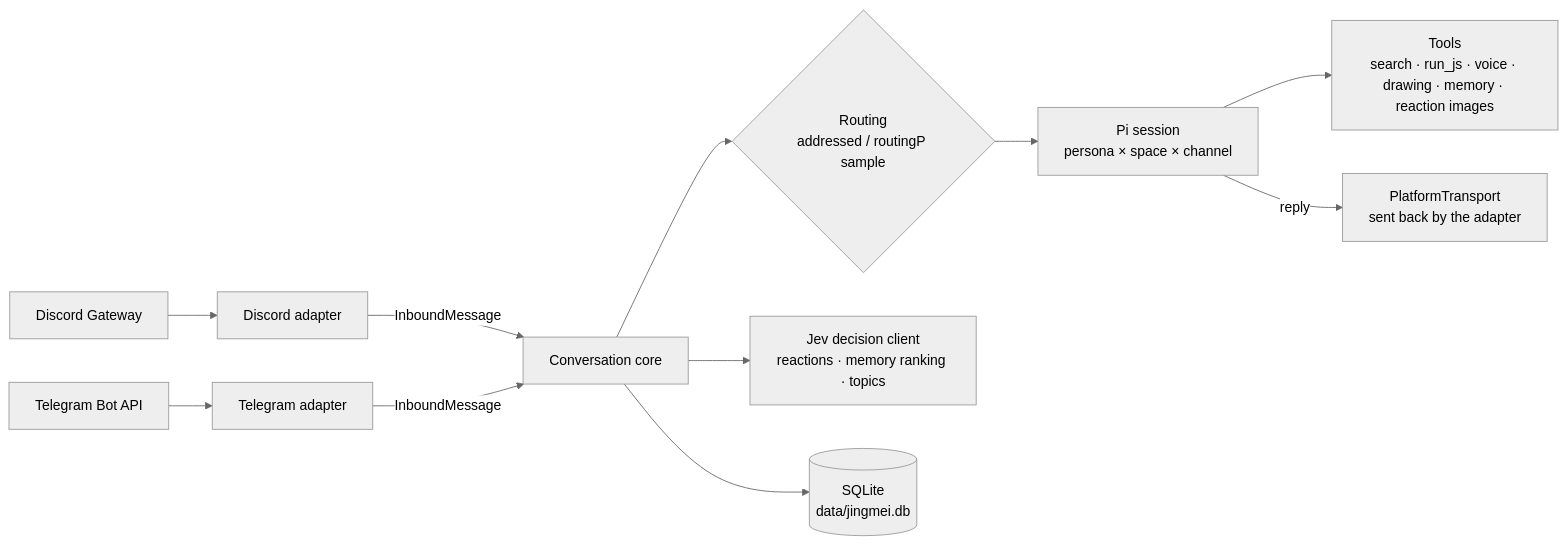
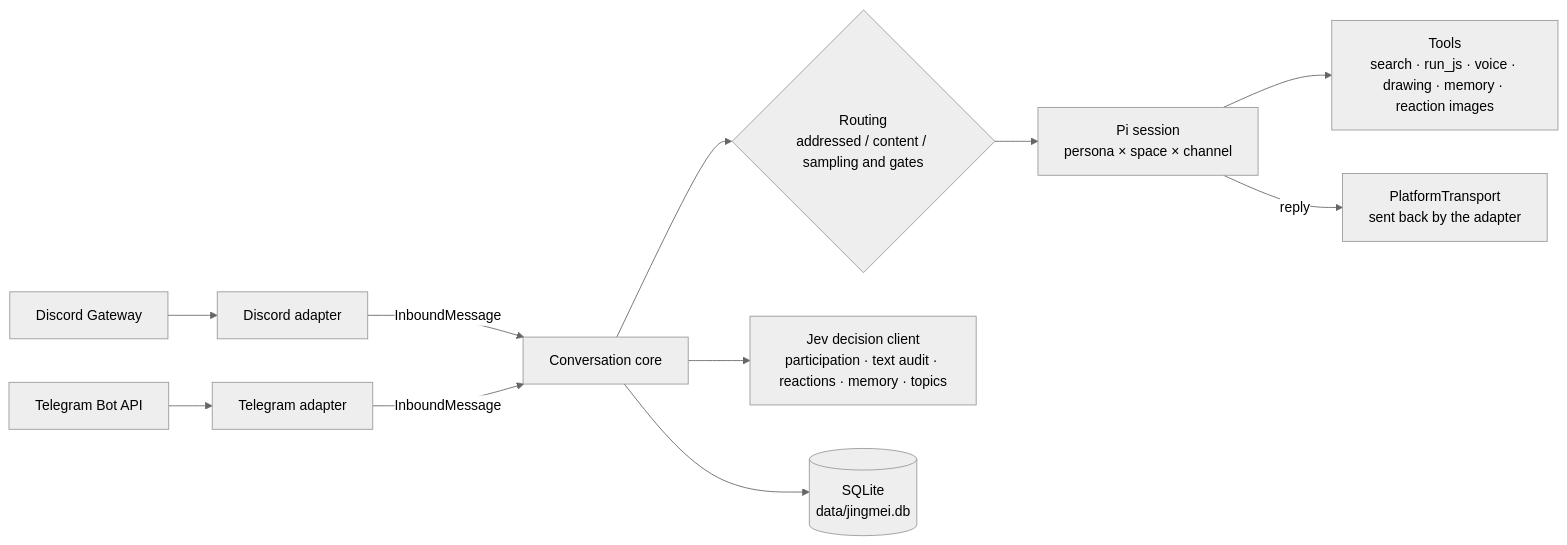
Before and after one commit to beiwater/jingmei: the diagram in README.en.md, drawn with Mermaid (neutral theme). The commit also changed other lines of this file and 30 other files, not shown here.

````diff
--- a/README.en.md
+++ b/README.en.md
@@ -48,13 +51,13 @@
 ```mermaid
 flowchart LR
   DG[Discord Gateway] --> DA[Discord adapter]
   TG[Telegram Bot API] --> TA[Telegram adapter]
   DA -- InboundMessage --> C[Conversation core]
   TA -- InboundMessage --> C
-  C --> R{Routing<br/>addressed / routingP sample}
+  C --> R{Routing<br/>addressed / content / sampling and gates}
   R --> S[Pi session<br/>persona × space × channel]
   S --> T[Tools<br/>search · run_js · voice · drawing · memory · reaction images]
-  C --> J[Jev decision client<br/>reactions · memory ranking · topics]
+  C --> J[Jev decision client<br/>participation · text audit · reactions · memory · topics]
   C --> DB[(SQLite<br/>data/jingmei.db)]
   S -- reply --> PT[PlatformTransport<br/>sent back by the adapter]
 ```
````
